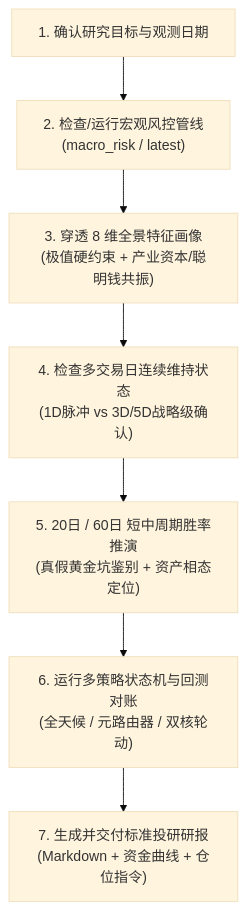
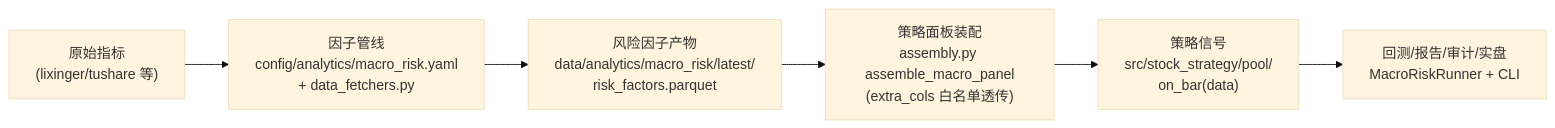
One commit to aidenreed937/stock changed the diagram in .agents/skills/macro-risk-research/SKILL.md. Above: the diagram before and after it, drawn with Mermaid (base theme). The commit also changed other lines of this file and 4 other files, not shown here.

````diff
--- a/.agents/skills/macro-risk-research/SKILL.md
+++ b/.agents/skills/macro-risk-research/SKILL.md
@@ -32,9 +133,8 @@
 ```mermaid
-flowchart TD
-    A["1. 确认研究目标与观测日期"] --> B["2. 检查/运行宏观风控管线<br>(macro_risk / latest)"]
-    B --> C["3. 穿透 8 维全景特征画像<br>(极值硬约束 + 产业资本/聪明钱共振)"]
-    C --> D["4. 检查多交易日连续维持状态<br>(1D脉冲 vs 3D/5D战略级确认)"]
-    D --> E["5. 20日 / 60日 短中周期胜率推演<br>(真假黄金坑鉴别 + 资产相态定位)"]
-    E --> F["6. 运行多策略状态机与回测对账<br>(全天候 / 元路由器 / 双核轮动)"]
-    F --> G["7. 生成并交付标准投研研报<br>(Markdown + 资金曲线 + 仓位指令)"]
+flowchart LR
+    A["原始指标<br>(lixinger/tushare 等)"] --> B["因子管线<br>config/analytics/macro_risk.yaml<br>+ data_fetchers.py"]
+    B --> C["风险因子产物<br>data/analytics/macro_risk/latest/<br>risk_factors.parquet"]
+    C --> D["策略面板装配<br>assembly.py assemble_macro_panel<br>(extra_cols 白名单透传)"]
+    D --> E["策略信号<br>src/stock_strategy/pool/<br>on_bar(data)"]
+    E --> F["回测/报告/审计/实盘<br>MacroRiskRunner + CLI"]
 ```
````
